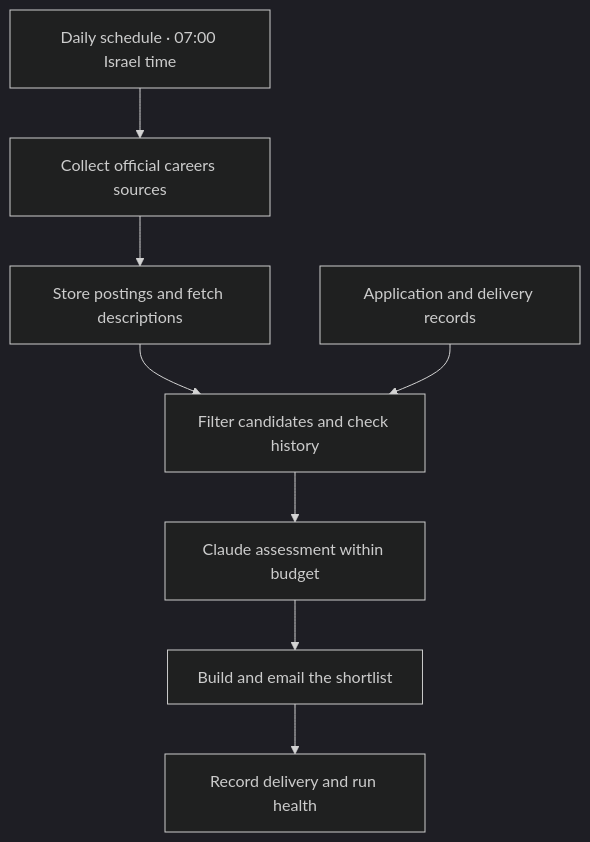
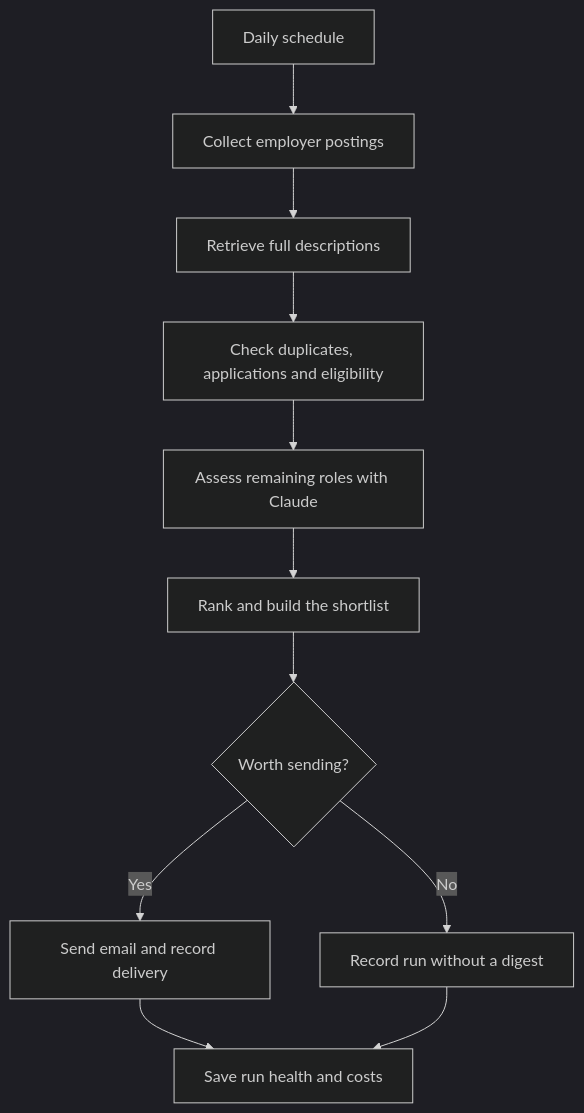
The diagram in README.md (RoyManor1/ats-job-scanner), drawn with Mermaid (dark theme) before and after one commit. The commit also changed other lines of this file and 2 other files, not shown here.

````diff
--- a/README.md
+++ b/README.md
@@ -31,10 +33,13 @@
 ```mermaid
 flowchart TD
-    A[Daily schedule · 07:00 Israel time] --> B[Collect official careers sources]
-    B --> C[Store postings and fetch descriptions]
-    C --> D[Filter candidates and check history]
-    E[Application and delivery records] --> D
-    D --> F[Claude assessment within budget]
-    F --> G[Build and email the shortlist]
-    G --> H[Record delivery and run health]
+    A[Daily schedule] --> B[Collect employer postings]
+    B --> C[Retrieve full descriptions]
+    C --> D[Check duplicates, applications and eligibility]
+    D --> E[Assess remaining roles with Claude]
+    E --> F[Rank and build the shortlist]
+    F --> G{Worth sending?}
+    G -- Yes --> H[Send email and record delivery]
+    G -- No --> I[Record run without a digest]
+    H --> J[Save run health and costs]
+    I --> J
 ```
````
